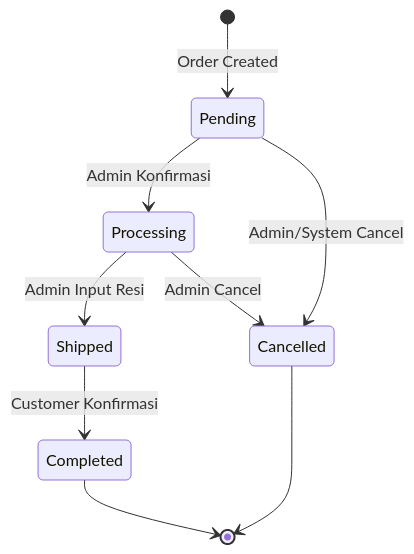
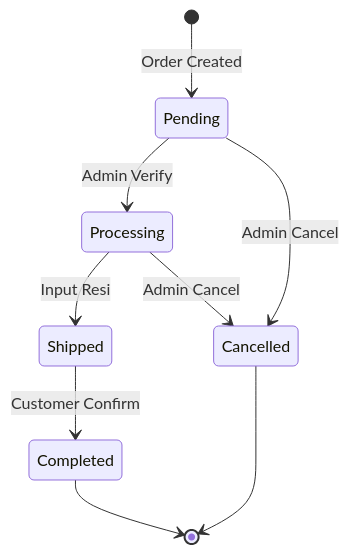
Before and after one commit to mustarisyahding07-spec/WEBSITE_SKRIPSI_MUSTARI: the fourth of 7 diagrams in docs/BLACK_BOX_TESTING.md, drawn with Mermaid. The commit also changed other lines of this file and 7 other files, not shown here.

````diff
--- a/docs/BLACK_BOX_TESTING.md
+++ b/docs/BLACK_BOX_TESTING.md
@@ -140,13 +154,15 @@
 ```mermaid
 stateDiagram-v2
-    [*] --> Pending : Order Created
-    Pending --> Processing : Admin Konfirmasi
-    Processing --> Shipped : Admin Input Resi
-    Shipped --> Completed : Customer Konfirmasi
+    [*] --> Pending: Order Created
     
-    Pending --> Cancelled : Admin/System Cancel
-    Processing --> Cancelled : Admin Cancel
+    Pending --> Processing: Admin Verify
+    Pending --> Cancelled: Admin Cancel
+    
+    Processing --> Shipped: Input Resi
+    Processing --> Cancelled: Admin Cancel
+    
+    Shipped --> Completed: Customer Confirm
     
     Completed --> [*]
     Cancelled --> [*]
 ```
````
